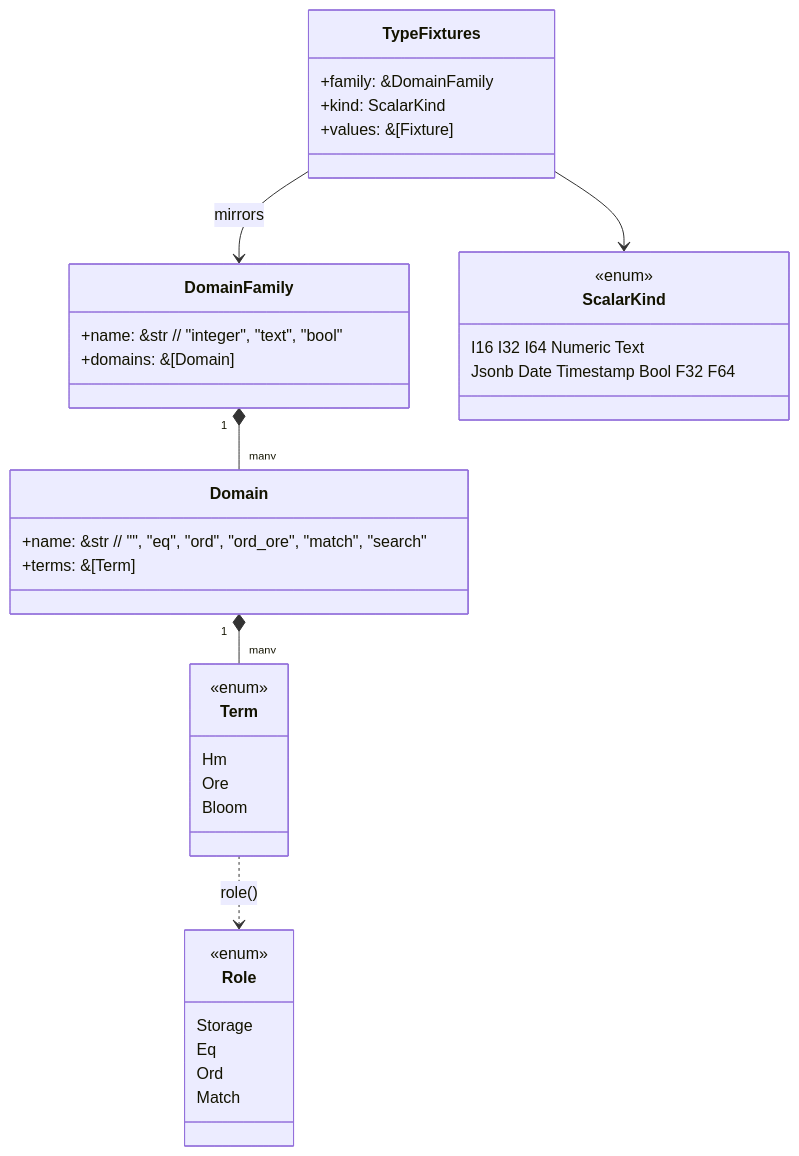
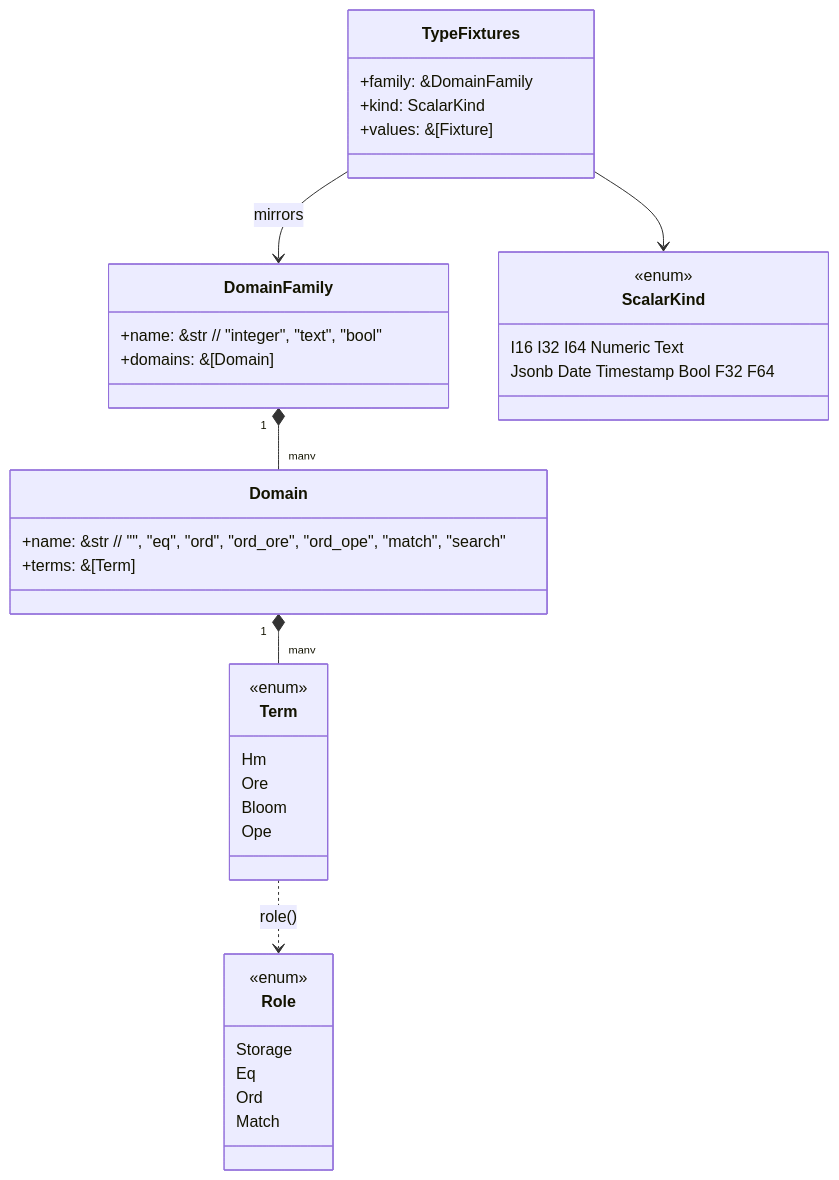
One commit to cipherstash/encrypt-query-language changed the second of 15 diagrams in docs/reference/catalog-driven-architecture.md. Above: the diagram before and after it, drawn with Mermaid. The commit also changed other lines of this file and 5 other files, not shown here.

````diff
--- a/docs/reference/catalog-driven-architecture.md
+++ b/docs/reference/catalog-driven-architecture.md
@@ -82,39 +83,40 @@
 ```mermaid
 classDiagram
     class DomainFamily {
         +name: &str        // "integer", "text", "bool"
         +domains: &[Domain]
     }
     class Domain {
-        +name: &str        // "", "eq", "ord", "ord_ore", "match", "search"
+        +name: &str        // "", "eq", "ord", "ord_ore", "ord_ope", "match", "search"
         +terms: &[Term]
     }
     class Term {
         <<enum>>
         Hm
         Ore
         Bloom
+        Ope
     }
     class Role {
         <<enum>>
         Storage
         Eq
         Ord
         Match
     }
     class ScalarKind {
         <<enum>>
         I16 I32 I64 Numeric Text
         Jsonb Date Timestamp Bool F32 F64
     }
     class TypeFixtures {
         +family: &DomainFamily
         +kind: ScalarKind
         +values: &[Fixture]
     }
     DomainFamily "1" *-- "many" Domain
     Domain "1" *-- "many" Term
     Term ..> Role : role()
     TypeFixtures --> DomainFamily : mirrors
     TypeFixtures --> ScalarKind
 ```
````
